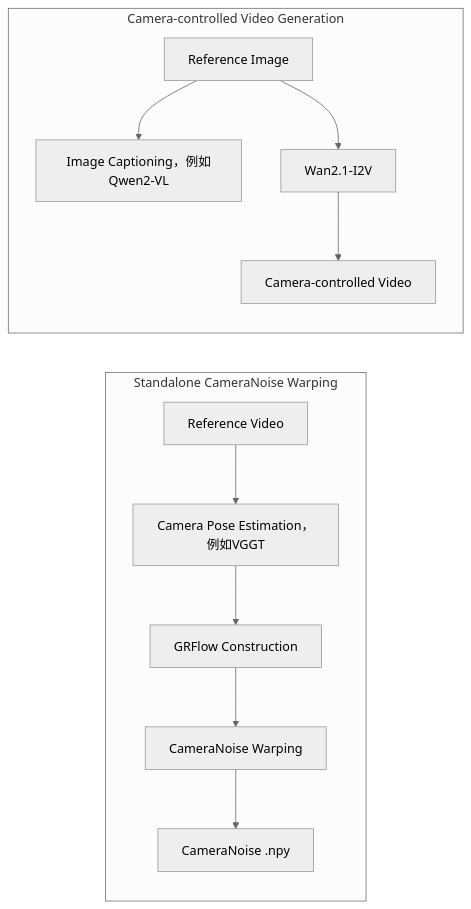
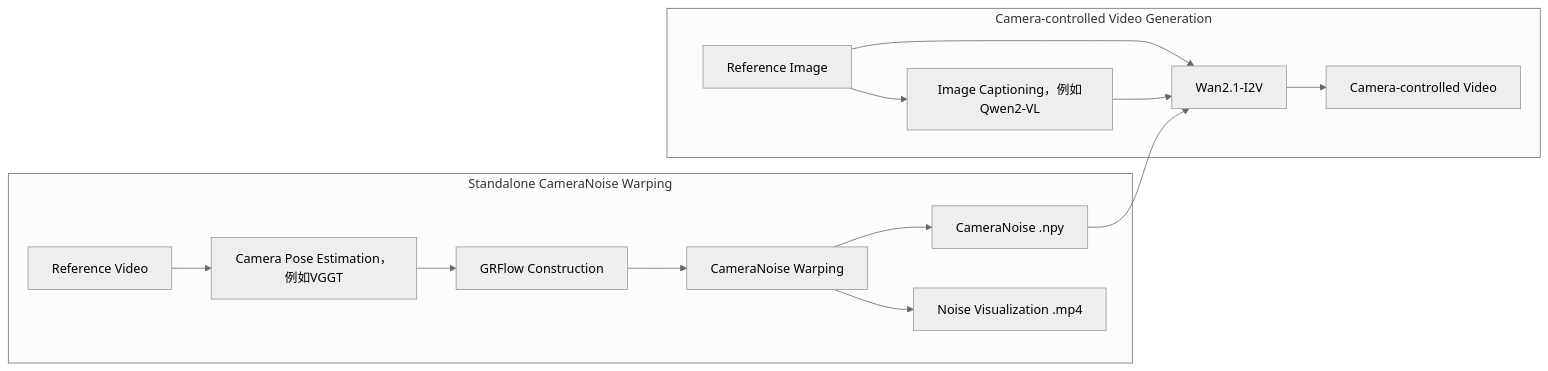
Before and after one commit to gulucaptain/CameraNoise: the diagram in README_zh.md, drawn with Mermaid (neutral theme). The commit also changed other lines of this file and 1 other file, not shown here.

````diff
--- a/README_zh.md
+++ b/README_zh.md
@@ -75,15 +75,18 @@
 ```mermaid
 flowchart LR
     subgraph W[Standalone CameraNoise Warping]
         A[Reference Video] --> B[Camera Pose Estimation，例如VGGT]
         B --> C[GRFlow Construction]
         C --> D[CameraNoise Warping]
         D --> N[CameraNoise .npy]
+        D --> V[Noise Visualization .mp4]
     end
 
     subgraph G[Camera-controlled Video Generation]
         E[Reference Image] --> F[Image Captioning，例如Qwen2-VL]
         E --> M[Wan2.1-I2V]
+        F --> M
+        N --> M
         M --> H[Camera-controlled Video]
     end
 ```
````
